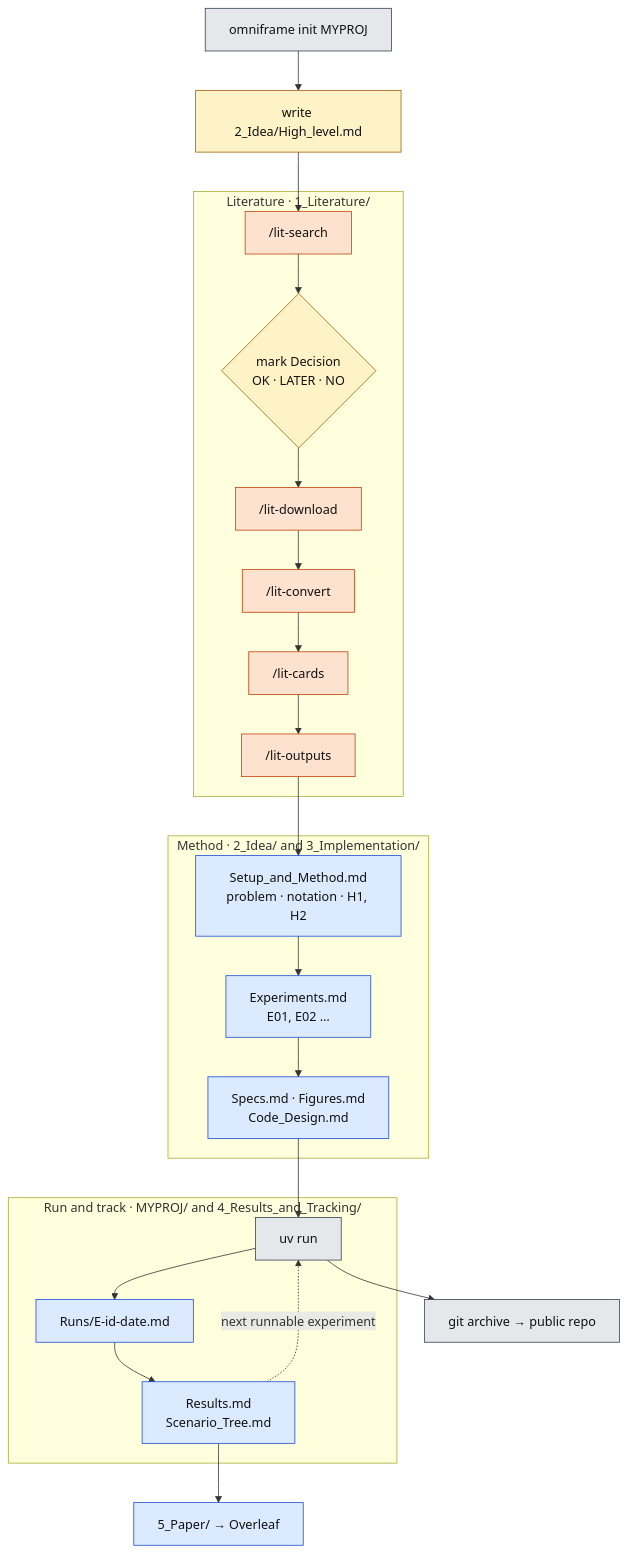
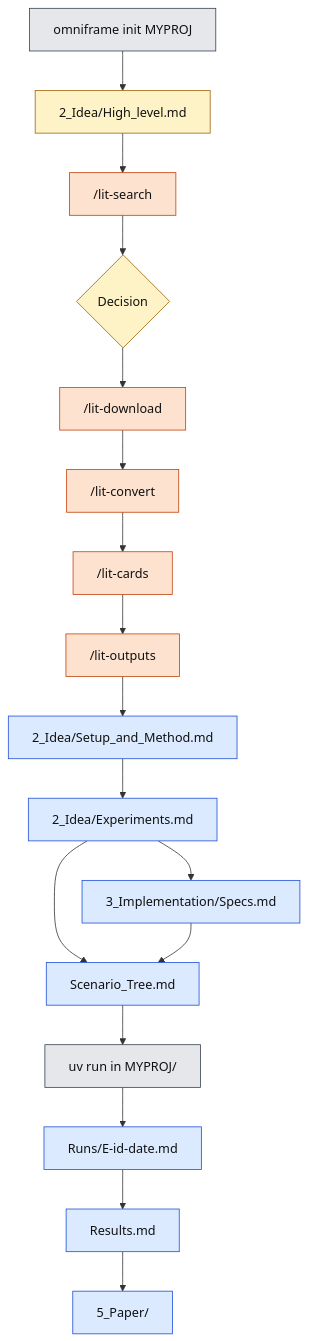
The first of 4 diagrams in GUIDE.md (LeonardoSani/OmniFrame), drawn with Mermaid before and after one commit. The commit also changed other lines of this file and 1 other file, not shown here.

Commit message:
Simplify the flow diagrams: no back arrows, Scenario_Tree built from experiments and specs, no link to OmniSem

````diff
--- a/GUIDE.md
+++ b/GUIDE.md
@@ -24,34 +24,30 @@
 ```mermaid
 flowchart TD
   classDef shell fill:#e5e7eb,stroke:#374151,color:#111
   classDef claude fill:#fde2cf,stroke:#c2410c,color:#111
   classDef chat fill:#dbeafe,stroke:#1d4ed8,color:#111
   classDef you fill:#fef3c7,stroke:#a16207,color:#111
 
-  init["omniframe init MYPROJ"]:::shell --> hl["write 2_Idea/High_level.md"]:::you
-  hl --> se
+  init["omniframe init MYPROJ"]:::shell
+  hl["2_Idea/High_level.md"]:::you
+  se["/lit-search"]:::claude
+  dec{"Decision"}:::you
+  dl["/lit-download"]:::claude
+  cv["/lit-convert"]:::claude
+  ca["/lit-cards"]:::claude
+  ou["/lit-outputs"]:::claude
+  me["2_Idea/Setup_and_Method.md"]:::chat
+  ex["2_Idea/Experiments.md"]:::chat
+  spec["3_Implementation/Specs.md"]:::chat
+  tree["Scenario_Tree.md"]:::chat
+  run["uv run in MYPROJ/"]:::shell
+  rec["Runs/E-id-date.md"]:::chat
+  res["Results.md"]:::chat
+  paper["5_Paper/"]:::chat
 
-  subgraph LIT["Literature · 1_Literature/"]
-    se["/lit-search"]:::claude --> dec{"mark Decision<br/>OK · LATER · NO"}:::you
-    dec --> dl["/lit-download"]:::claude
-    dl --> cv["/lit-convert"]:::claude
-    cv --> ca["/lit-cards"]:::claude
-    ca --> ou["/lit-outputs"]:::claude
-  end
-
-  subgraph IDEA["Method · 2_Idea/ and 3_Implementation/"]
-    me["Setup_and_Method.md<br/>problem · notation · H1, H2"]:::chat --> ex["Experiments.md<br/>E01, E02 …"]:::chat
-    ex --> spec["Specs.md · Figures.md<br/>Code_Design.md"]:::chat
-  end
-
-  subgraph RUN["Run and track · MYPROJ/ and 4_Results_and_Tracking/"]
-    code["uv run"]:::shell --> rec["Runs/E-id-date.md"]:::chat
-    rec --> res["Results.md<br/>Scenario_Tree.md"]:::chat
-  end
-
-  ou --> me
-  spec --> code
-  res -. "next runnable experiment" .-> code
-  res --> paper["5_Paper/ → Overleaf"]:::chat
-  code --> pub["git archive → public repo"]:::shell
+  init --> hl --> se --> dec --> dl --> cv --> ca --> ou --> me --> ex
+  ex --> spec
+  ex --> tree
+  spec --> tree
+  tree --> run --> rec --> res --> paper
 ```
````
